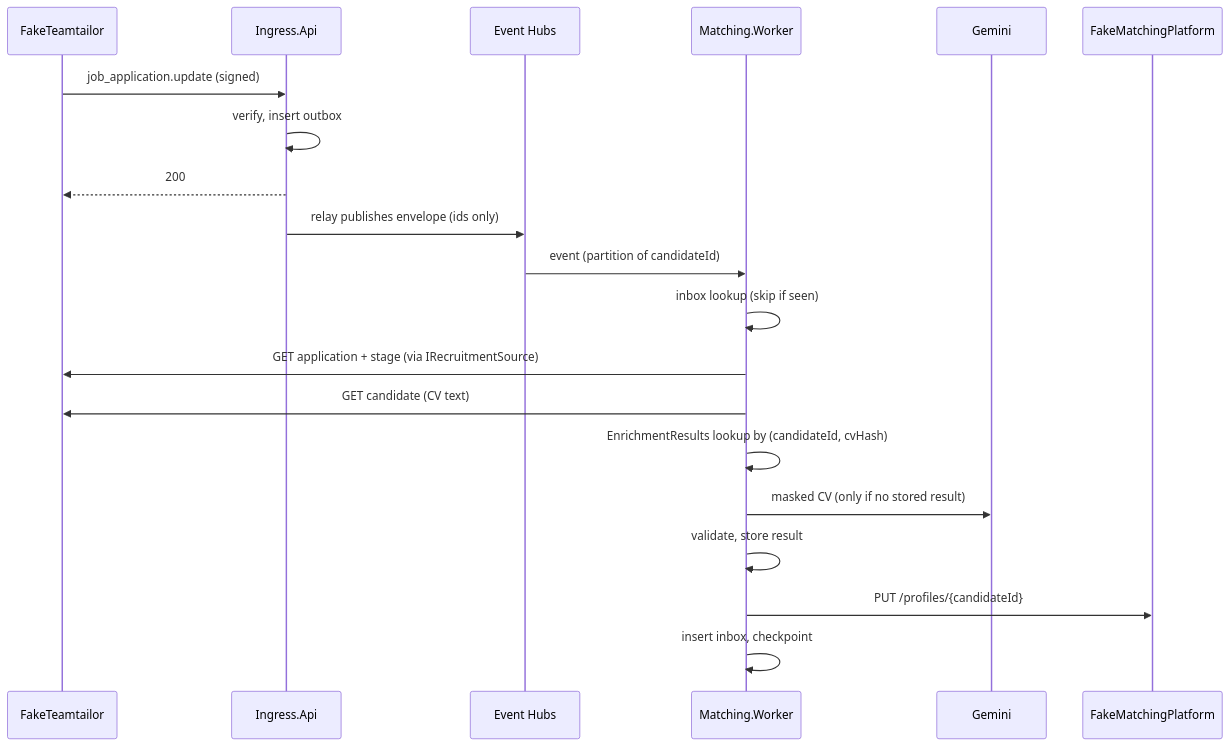
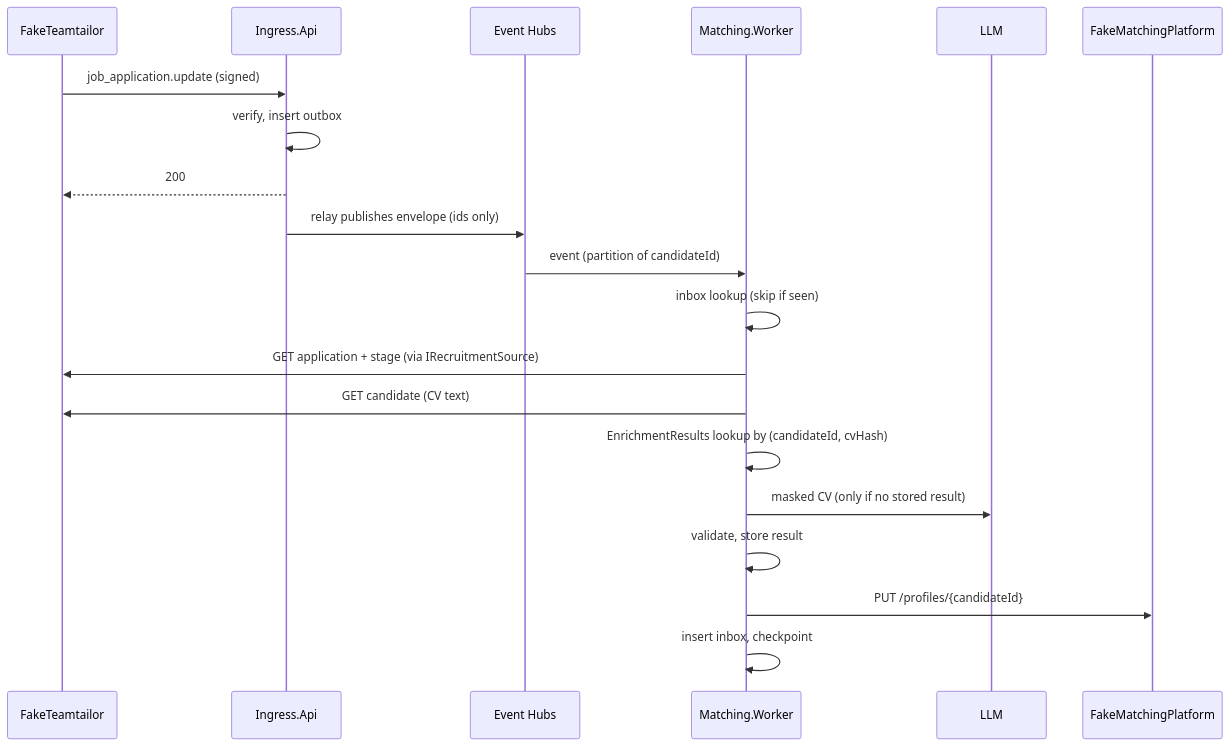
One commit to wcislom/TalentSync changed the second of 3 diagrams in docs/diagrams.md. Above: the diagram before and after it, drawn with Mermaid. The commit also changed other lines of this file and 16 other files, not shown here.

````diff
--- a/docs/diagrams.md
+++ b/docs/diagrams.md
@@ -46,22 +46,22 @@
 ```mermaid
 sequenceDiagram
   participant TT as FakeTeamtailor
   participant IN as Ingress.Api
   participant EH as Event Hubs
   participant MW as Matching.Worker
-  participant LLM as Gemini
+  participant LLM
   participant MP as FakeMatchingPlatform
   TT->>IN: job_application.update (signed)
   IN->>IN: verify, insert outbox
   IN-->>TT: 200
   IN->>EH: relay publishes envelope (ids only)
   EH->>MW: event (partition of candidateId)
   MW->>MW: inbox lookup (skip if seen)
   MW->>TT: GET application + stage (via IRecruitmentSource)
   MW->>TT: GET candidate (CV text)
   MW->>MW: EnrichmentResults lookup by (candidateId, cvHash)
   MW->>LLM: masked CV (only if no stored result)
   MW->>MW: validate, store result
   MW->>MP: PUT /profiles/{candidateId}
   MW->>MW: insert inbox, checkpoint
 ```
````
